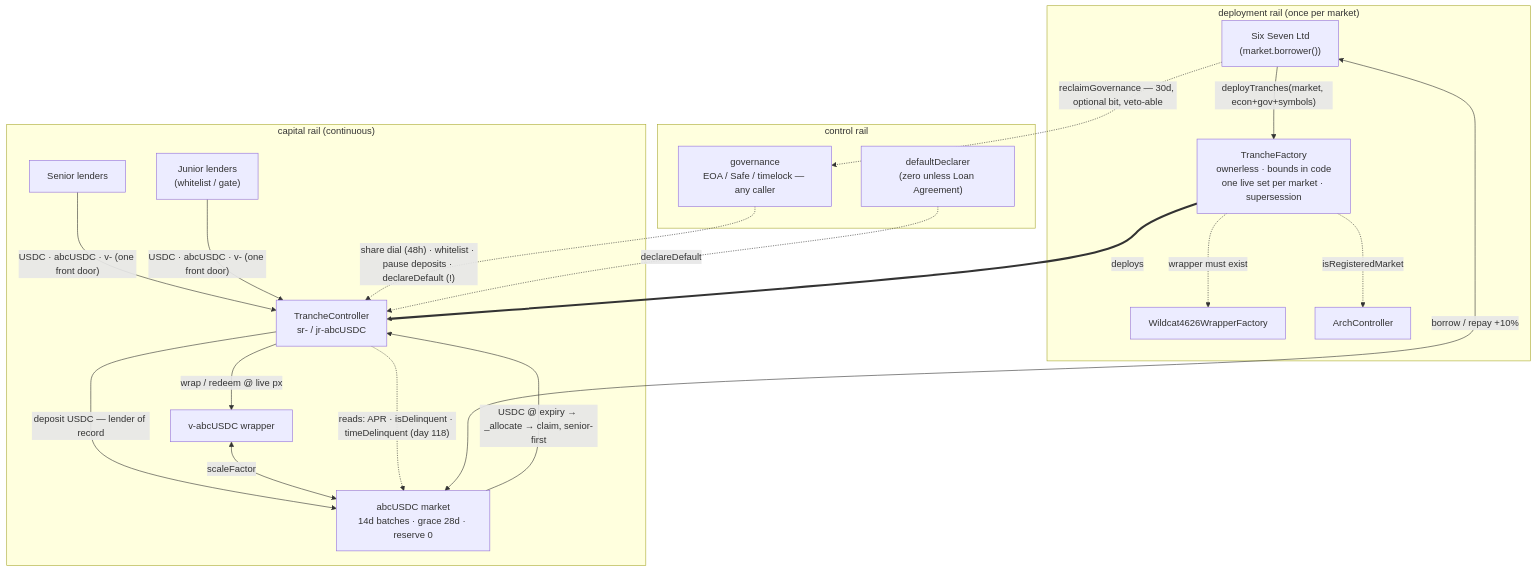
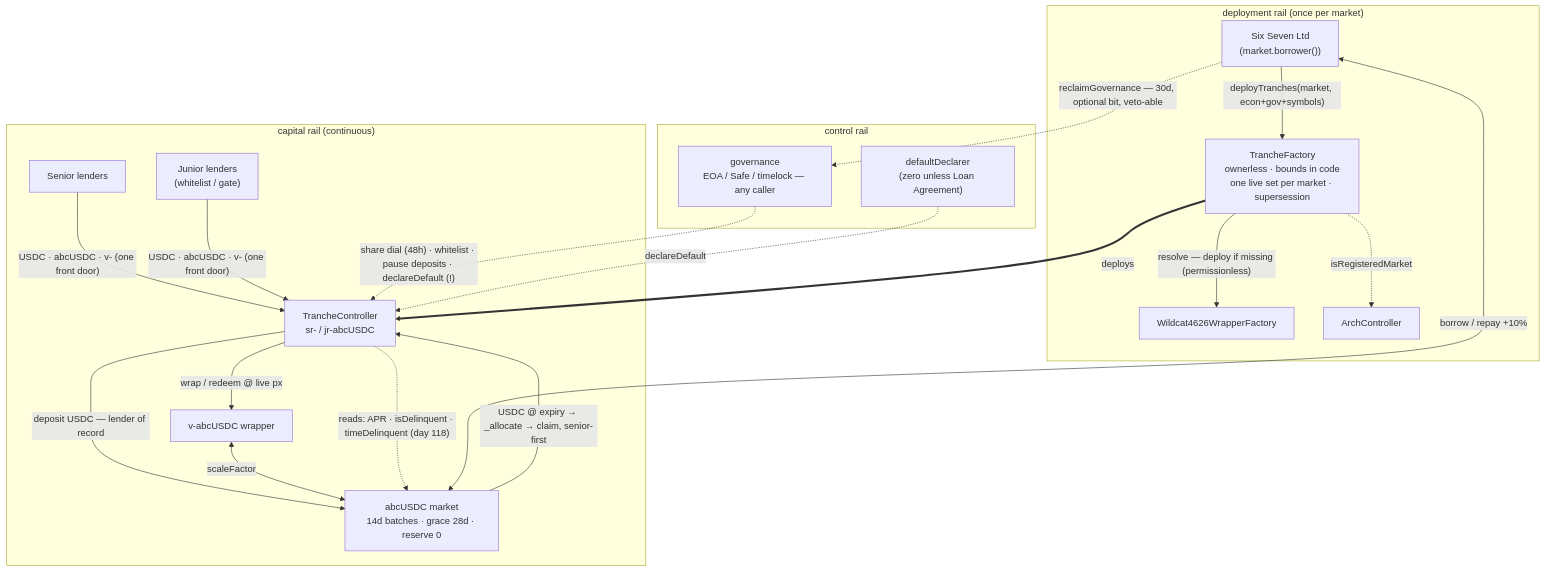
Before and after one commit to wildcat-finance/wildcat-tranching: the diagram in report/Deployment-Access-Governance-Notes.md, drawn with Mermaid. The commit also changed other lines of this file, not shown here.

First line of the commit message:
Resolve D2: tranche factory composes wrapper deployment

````diff
--- a/report/Deployment-Access-Governance-Notes.md
+++ b/report/Deployment-Access-Governance-Notes.md
@@ -101,38 +101,38 @@
 ```mermaid
 flowchart TB
   subgraph DEPLOY["deployment rail (once per market)"]
     BORROWER["Six Seven Ltd\n(market.borrower())"]
     TF["TrancheFactory\nownerless · bounds in code\none live set per market · supersession"]
     WF["Wildcat4626WrapperFactory"]
     ARCH["ArchController"]
     BORROWER -->|"deployTranches(market, econ+gov+symbols)"| TF
-    TF -.->|"wrapper must exist"| WF
+    TF -->|"resolve — deploy if missing (permissionless)"| WF
     TF -.->|"isRegisteredMarket"| ARCH
   end
 
   subgraph CAPITAL["capital rail (continuous)"]
     SL["Senior lenders"]
     JL["Junior lenders\n(whitelist / gate)"]
     TC["TrancheController\nsr- / jr-abcUSDC"]
     W["v-abcUSDC wrapper"]
     M["abcUSDC market\n14d batches · grace 28d · reserve 0"]
     SL -->|"USDC · abcUSDC · v- (one front door)"| TC
     JL -->|"USDC · abcUSDC · v- (one front door)"| TC
     TC -->|"deposit USDC — lender of record"| M
     TC -->|"wrap / redeem @ live px"| W
     W <-->|"scaleFactor"| M
     M <-->|"borrow / repay +10%"| BORROWER
     M -->|"USDC @ expiry → _allocate → claim, senior-first"| TC
     TC -.->|"reads: APR · isDelinquent · timeDelinquent (day 118)"| M
   end
 
   subgraph CONTROL["control rail"]
     GOV["governance\nEOA / Safe / timelock — any caller"]
     DD["defaultDeclarer\n(zero unless Loan Agreement)"]
     GOV -.->|"share dial (48h) · whitelist · pause deposits · declareDefault (!)"| TC
     DD -.->|"declareDefault"| TC
     BORROWER -.->|"reclaimGovernance — 30d, optional bit, veto-able"| GOV
   end
 
   TF ==>|"deploys"| TC
 ```
````
